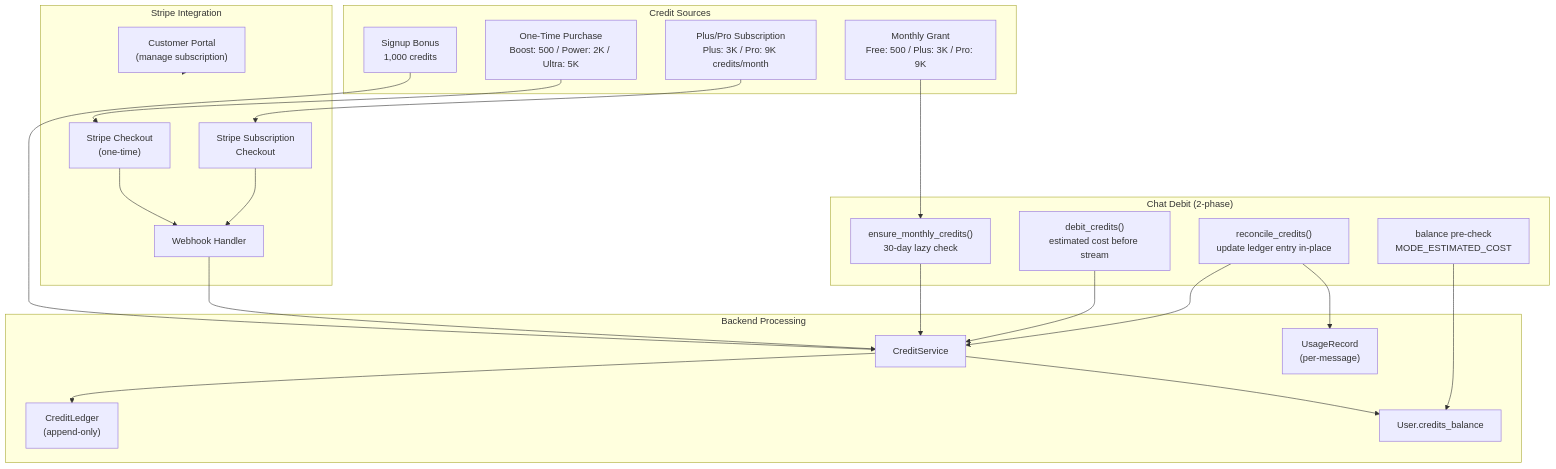
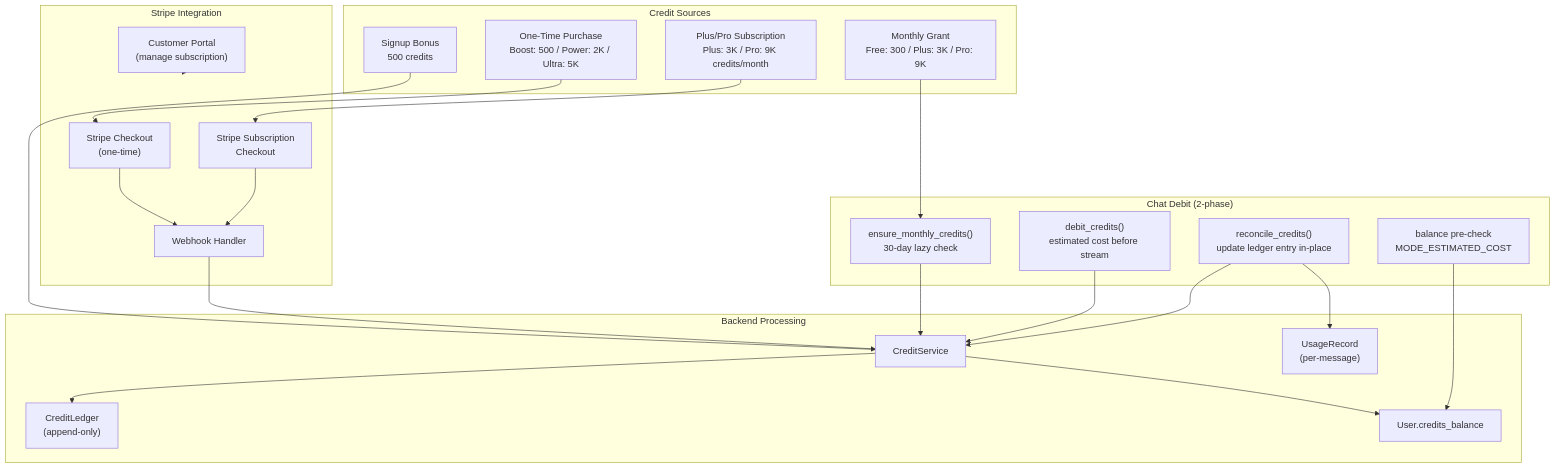
Before and after one commit to Rswcf/DocTalk: the sixth of 9 diagrams in docs/ARCHITECTURE.md, drawn with Mermaid. The commit also changed other lines of this file and 66 other files, not shown here.

````diff
--- a/docs/ARCHITECTURE.md
+++ b/docs/ARCHITECTURE.md
@@ -319,45 +319,45 @@
 ```mermaid
 flowchart TB
     subgraph Sources["Credit Sources"]
-        Signup["Signup Bonus<br/>1,000 credits"]
-        Monthly["Monthly Grant<br/>Free: 500 / Plus: 3K / Pro: 9K"]
+        Signup["Signup Bonus<br/>500 credits"]
+        Monthly["Monthly Grant<br/>Free: 300 / Plus: 3K / Pro: 9K"]
         Purchase["One-Time Purchase<br/>Boost: 500 / Power: 2K / Ultra: 5K"]
         Subscription["Plus/Pro Subscription<br/>Plus: 3K / Pro: 9K credits/month"]
     end
 
     subgraph Stripe["Stripe Integration"]
         Checkout["Stripe Checkout<br/>(one-time)"]
         SubCheckout["Stripe Subscription<br/>Checkout"]
         Portal["Customer Portal<br/>(manage subscription)"]
         Webhook["Webhook Handler"]
     end
 
     subgraph Backend["Backend Processing"]
         CreditService["CreditService"]
         Ledger["CreditLedger<br/>(append-only)"]
         Balance["User.credits_balance"]
         UsageRecord["UsageRecord<br/>(per-message)"]
     end
 
     subgraph Chat["Chat Debit (2-phase)"]
         EnsureMonthly["ensure_monthly_credits()<br/>30-day lazy check"]
         PreCheck["balance pre-check<br/>MODE_ESTIMATED_COST"]
         PreDebit["debit_credits()<br/>estimated cost before stream"]
         Reconcile["reconcile_credits()<br/>update ledger entry in-place"]
     end
 
     Signup --> CreditService
     Monthly --> EnsureMonthly
     Purchase --> Checkout --> Webhook --> CreditService
     Subscription --> SubCheckout --> Webhook
     Portal --> Stripe
 
     CreditService --> Ledger
     CreditService --> Balance
 
     EnsureMonthly --> CreditService
     PreCheck --> Balance
     PreDebit --> CreditService
     Reconcile --> CreditService
     Reconcile --> UsageRecord
 ```
````
